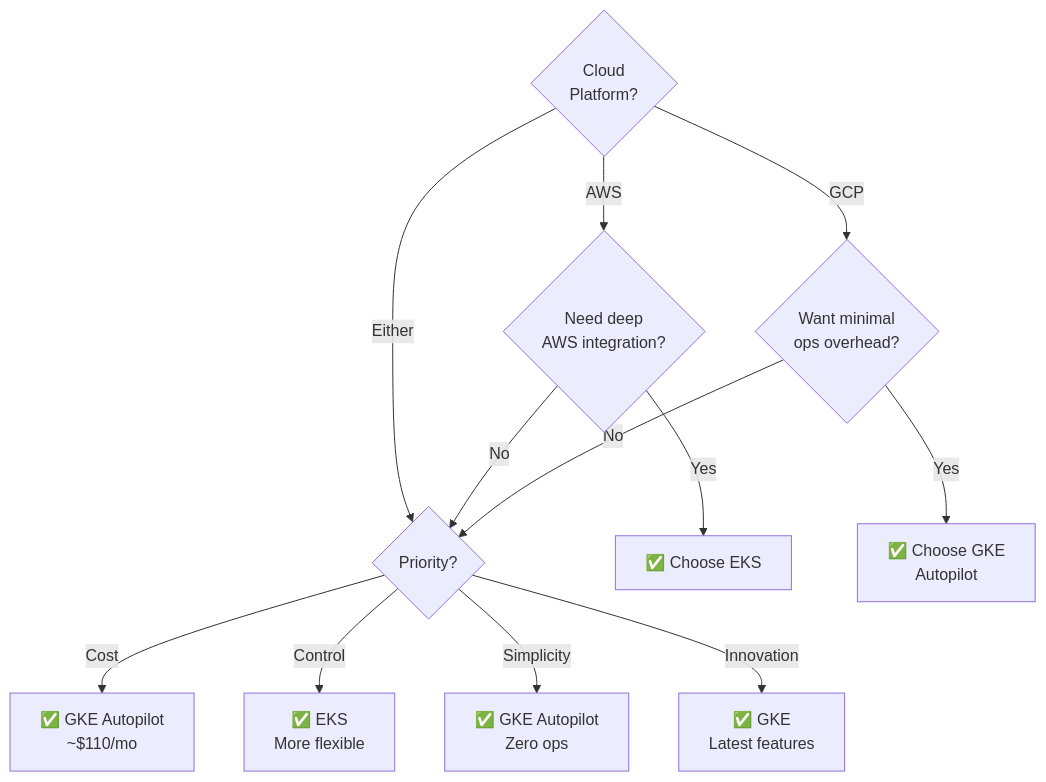
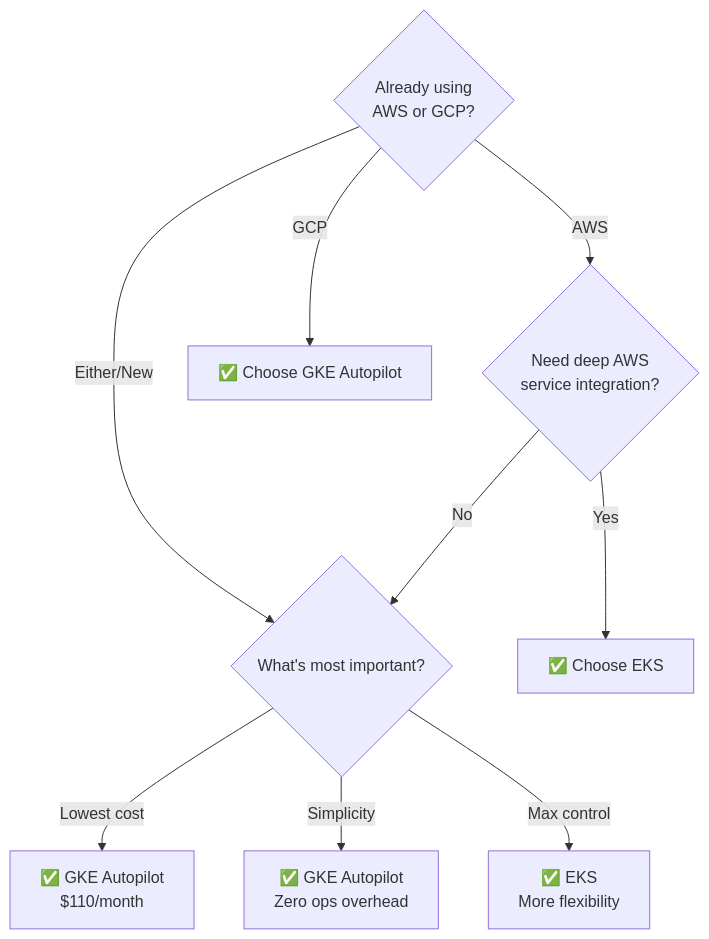
The diagram in docs/devops/k8s/comparison.md (hoale58-vl/violet-docs), drawn with Mermaid before and after one commit. The commit also changed other lines of this file and 4 other files, not shown here.

````diff
--- a/docs/devops/k8s/comparison.md
+++ b/docs/devops/k8s/comparison.md
@@ -183,18 +39,14 @@
 ```mermaid
 flowchart TD
-    Start{Cloud<br/>Platform?}
-    Start -->|AWS| AWS{Need deep<br/>AWS integration?}
-    Start -->|GCP| GCP{Want minimal<br/>ops overhead?}
-    Start -->|Either| Either{Priority?}
+    Start{Already using<br/>AWS or GCP?}
+    Start -->|AWS| AWS{Need deep AWS<br/>service integration?}
+    Start -->|GCP| GKE1[✅ Choose GKE Autopilot]
+    Start -->|Either/New| Priority{What's most important?}
 
     AWS -->|Yes| EKS1[✅ Choose EKS]
-    AWS -->|No| Either
+    AWS -->|No| Priority
 
-    GCP -->|Yes| GKE1[✅ Choose GKE<br/>Autopilot]
-    GCP -->|No| Either
-
-    Either -->|Cost| GKE2[✅ GKE Autopilot<br/>~$110/mo]
-    Either -->|Control| EKS2[✅ EKS<br/>More flexible]
-    Either -->|Simplicity| GKE3[✅ GKE Autopilot<br/>Zero ops]
-    Either -->|Innovation| GKE4[✅ GKE<br/>Latest features]
+    Priority -->|Lowest cost| GKE2[✅ GKE Autopilot<br/>$110/month]
+    Priority -->|Simplicity| GKE3[✅ GKE Autopilot<br/>Zero ops overhead]
+    Priority -->|Max control| EKS2[✅ EKS<br/>More flexibility]
 ```
````
